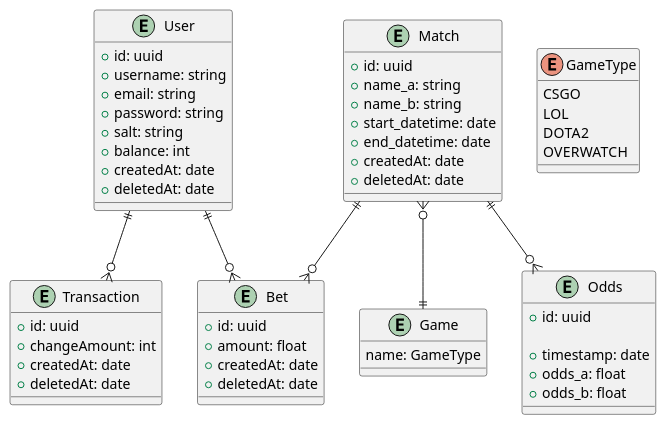
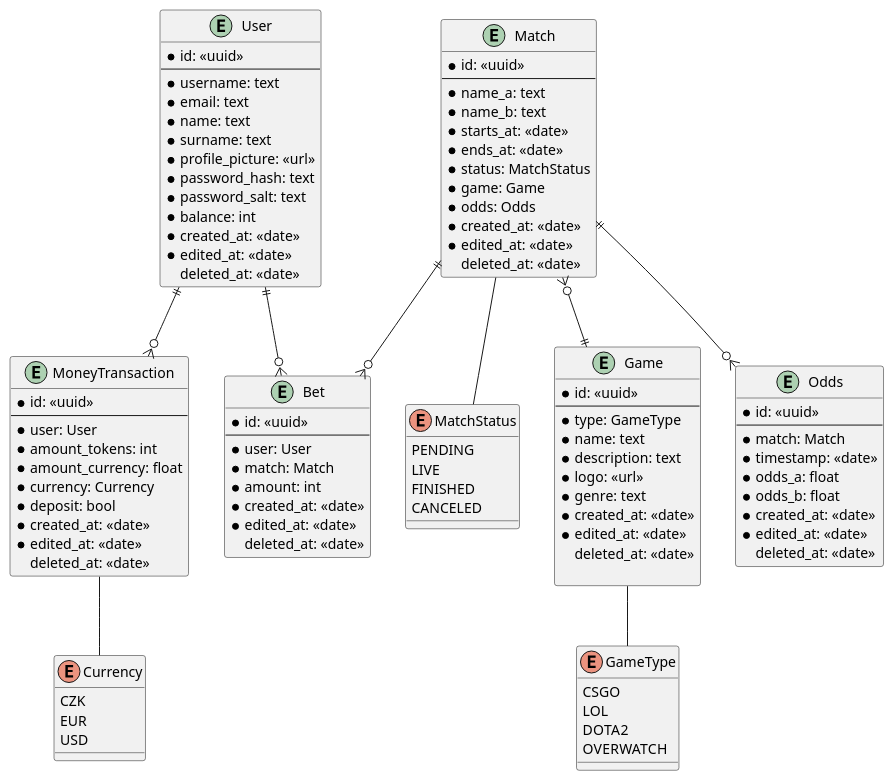
One commit to Average-Rust-Enjoyers/Starbet-Live changed the diagram in starbet.puml. Above: the diagram before and after it, drawn with PlantUML.

Commit message:
Refactor entity definitions and add new entities for transactions and currency

```diff
--- a/starbet.puml
+++ b/starbet.puml
@@ -1,66 +1,113 @@
-@startuml starbet
+@startuml starbet-live
 
 entity User {
-    +id: uuid
-    +username: string
-    +email: string
-    +password: string
-    +salt: string
-    +balance: int
-    +createdAt: date
-    +deletedAt: date
-}
-
-entity Transaction {
-    +id: uuid
-    +changeAmount: int
-    +createdAt: date
-    +deletedAt: date
+    * id: <<uuid>>
+    ---
+    * username: text
+    * email: text
+    * name: text
+    * surname: text
+    * profile_picture: <<url>>
+    * password_hash: text
+    * password_salt: text
+    * balance: int
+    * created_at: <<date>>
+    * edited_at: <<date>>
+    deleted_at: <<date>>
 }
 
 entity Match {
-    +id: uuid
-    +name_a: string
-    +name_b: string
-    +start_datetime: date
-    +end_datetime: date
-    +createdAt: date
-    +deletedAt: date
+    * id: <<uuid>>
+    ---
+    * name_a: text
+    * name_b: text
+    * starts_at: <<date>>
+    * ends_at: <<date>>
+    * status: MatchStatus
+    * game: Game
+    * odds: Odds
+    * created_at: <<date>>
+    * edited_at: <<date>>
+    deleted_at: <<date>>
+}
+
+enum MatchStatus {
+    PENDING
+    LIVE
+    FINISHED
+    CANCELED
+}
+
+entity Game {
+    * id: <<uuid>>
+    ---
+    * type: GameType
+    * name: text
+    * description: text
+    * logo: <<url>>
+    * genre: text
+    * created_at: <<date>>
+    * edited_at: <<date>>
+    deleted_at: <<date>>
+
 }
 
 enum GameType {
     CSGO
     LOL
     DOTA2
     OVERWATCH
 }
 
-entity Game {
-    name: GameType
-}
-
 entity Bet {
-    +id: uuid
-    +amount: float
-    'timestamp
-    +createdAt: date
-    'expiration
-    +deletedAt: date
+    * id: <<uuid>>
+    ---
+    * user: User
+    * match: Match
+    * amount: int
+    * created_at: <<date>>
+    * edited_at: <<date>>
+    deleted_at: <<date>>
 }
 
 entity Odds {
-    ' not sure
-    +id: uuid 
+    * id: <<uuid>>
+    ---
+    * match: Match
+    * timestamp: <<date>>
+    * odds_a: float
+    * odds_b: float
+    * created_at: <<date>>
+    * edited_at: <<date>>
+    deleted_at: <<date>>
+}
 
-    +timestamp: date
-    +odds_a: float
-    +odds_b: float
+entity MoneyTransaction {
+    * id: <<uuid>>
+    ---
+    * user: User
+    * amount_tokens: int
+    * amount_currency: float
+    * currency: Currency
+    * deposit: bool
+    * created_at: <<date>>
+    * edited_at: <<date>>
+    deleted_at: <<date>>
+}
+
+enum Currency {
+    CZK
+    EUR
+    USD
 }
 
 Match }o--|| Game
 Match ||--o{ Bet
 Match ||--o{ Odds
 User ||--o{ Bet
-User ||--o{ Transaction
+User ||--o{ MoneyTransaction
+Match -- MatchStatus
+Game -- GameType
+MoneyTransaction -- Currency
 
 @enduml
```
